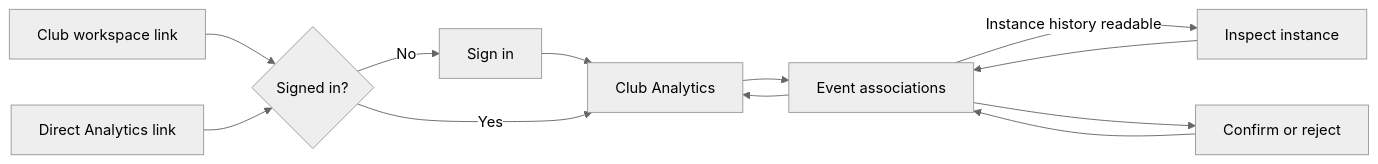
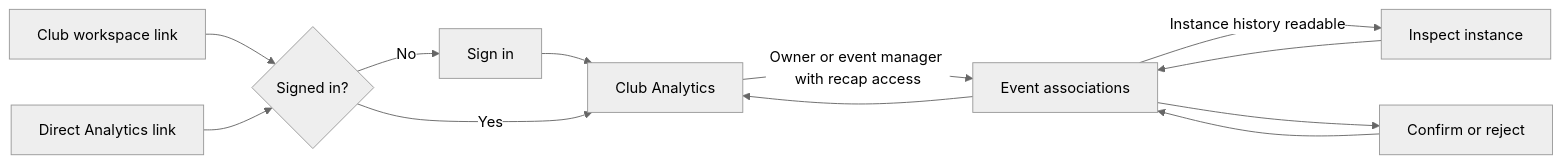
The diagram in docs/planning/group-instance-analytics/event-association-implementation.md (BASIC-BIT/VRDex), drawn with Mermaid (neutral theme) before and after one commit. The commit also changed other lines of this file and 10 other files, not shown here.

````diff
--- a/docs/planning/group-instance-analytics/event-association-implementation.md
+++ b/docs/planning/group-instance-analytics/event-association-implementation.md
@@ -11,11 +13,11 @@
 ```mermaid
 flowchart LR
   A[Club workspace link] --> B{Signed in?}
   D[Direct Analytics link] --> B
   B -- No --> C[Sign in] --> E[Club Analytics]
   B -- Yes --> E
-  E --> F[Event associations]
+  E -- Owner or event manager with recap access --> F[Event associations]
   F -- Instance history readable --> G[Inspect instance] --> F
   F --> H[Confirm or reject] --> F
   F --> E
 ```
````
